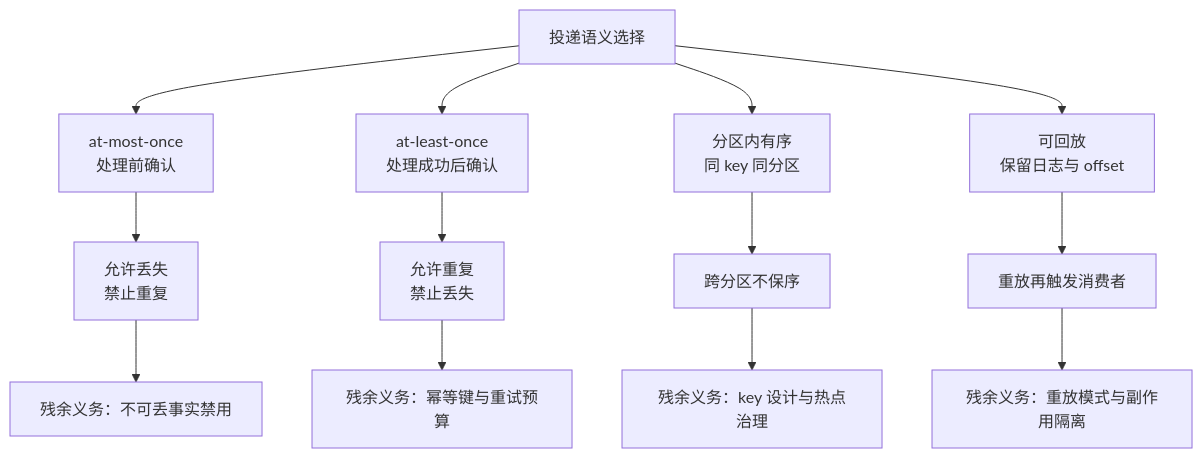
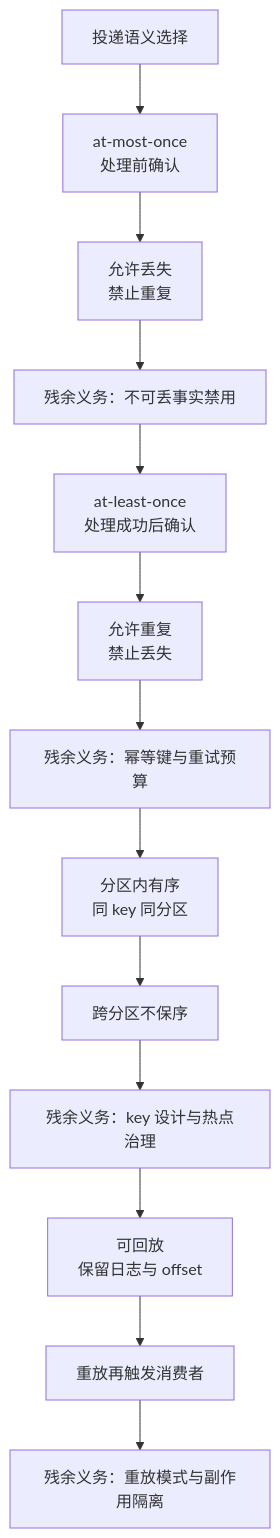
One commit to hub138/technical-knowledge changed the second of 2 diagrams in vault/工程知识/后端系统：在并发、失败与变化中维持服务/任务与并发/队列和流系统用时间与容量换取解耦.md. Above: the diagram before and after it, drawn with Mermaid. The commit also changed other lines of this file and 622 other files, not shown here.

````diff
--- a/vault/工程知识/后端系统：在并发、失败与变化中维持服务/任务与并发/队列和流系统用时间与容量换取解耦.md
+++ b/vault/工程知识/后端系统：在并发、失败与变化中维持服务/任务与并发/队列和流系统用时间与容量换取解耦.md
@@ -113,15 +124,15 @@
 ```mermaid
-graph TD
+graph TB
     S["投递语义选择"] --> A["at-most-once<br/>处理前确认"]
     A --> A1["允许丢失<br/>禁止重复"]
     A1 --> A2["残余义务：不可丢事实禁用"]
-    S --> B["at-least-once<br/>处理成功后确认"]
+    A2 --> B["at-least-once<br/>处理成功后确认"]
     B --> B1["允许重复<br/>禁止丢失"]
     B1 --> B2["残余义务：幂等键与重试预算"]
-    S --> C["分区内有序<br/>同 key 同分区"]
+    B2 --> C["分区内有序<br/>同 key 同分区"]
     C --> C1["跨分区不保序"]
     C1 --> C2["残余义务：key 设计与热点治理"]
-    S --> D["可回放<br/>保留日志与 offset"]
+    C2 --> D["可回放<br/>保留日志与 offset"]
     D --> D1["重放再触发消费者"]
     D1 --> D2["残余义务：重放模式与副作用隔离"]
 ```
````
